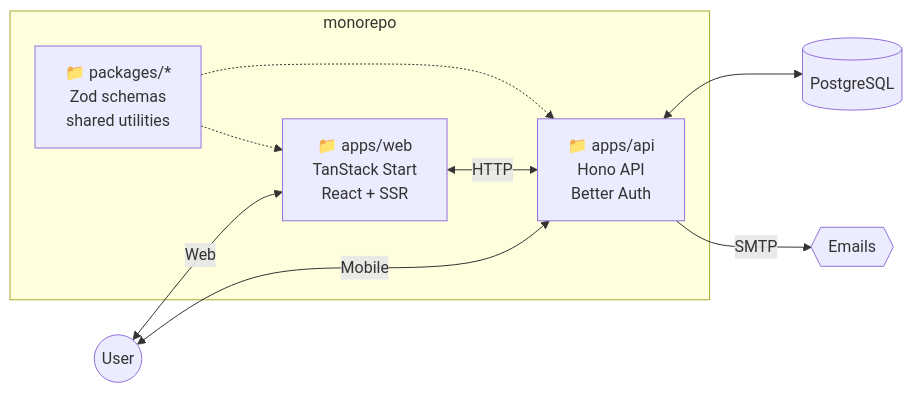
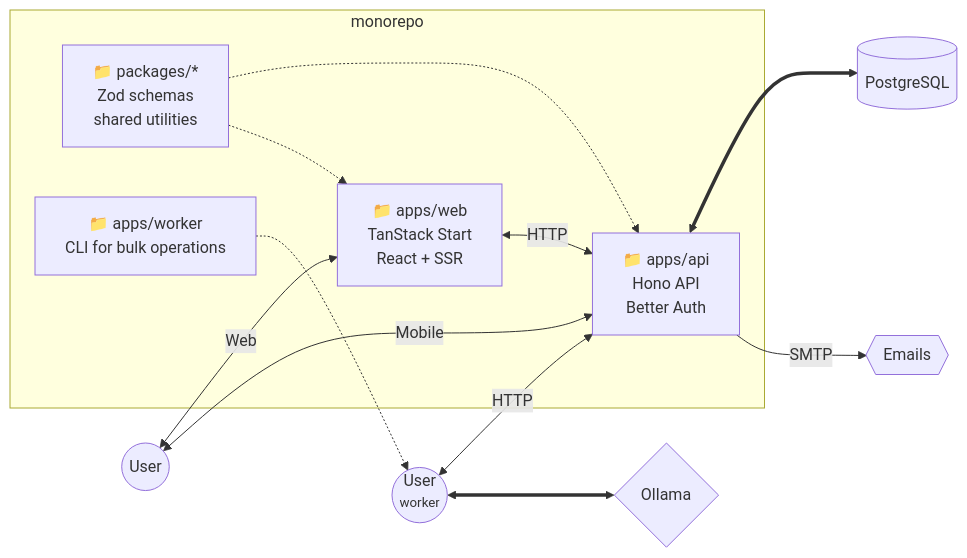
The diagram in README.md (SubZtep/admin-starter), drawn with Mermaid before and after one commit. The commit also changed other lines of this file and 4 other files, not shown here.

Commit message:
flow with ai

````diff
--- a/README.md
+++ b/README.md
@@ -13,22 +16,29 @@
 ```mermaid
 flowchart LR
   subgraph "monorepo"
     A["📁 apps/api<br/>Hono API<br/>Better Auth"]
     W["📁 apps/web<br/>TanStack Start<br/>React + SSR"]
-    S["📁 packages/*<br/>Zod schemas<br/>shared utilities"]
+    P["📁 packages/*<br/>Zod schemas<br/>shared utilities"]
+    WW["📁 apps/worker<br/>CLI for bulk operations"]
   end
 
   U((User))
+  UW((User
+    <sup>worker</sup>))
   D[(PostgreSQL)]
   E{{Emails}}
+  O{Ollama}
 
-  S -.-> A
-  S -.-> W
+  P -.-> A
+  P -.-> W
 
   U <-->|Web| W
   U <-->|Mobile| A
+  UW <-->|HTTP| A
+  UW <==> O
+  WW -.-> UW
 
   W <-->|HTTP| A
-  A <--> D
+  A <==> D
   A -->|SMTP| E
 ```
````
